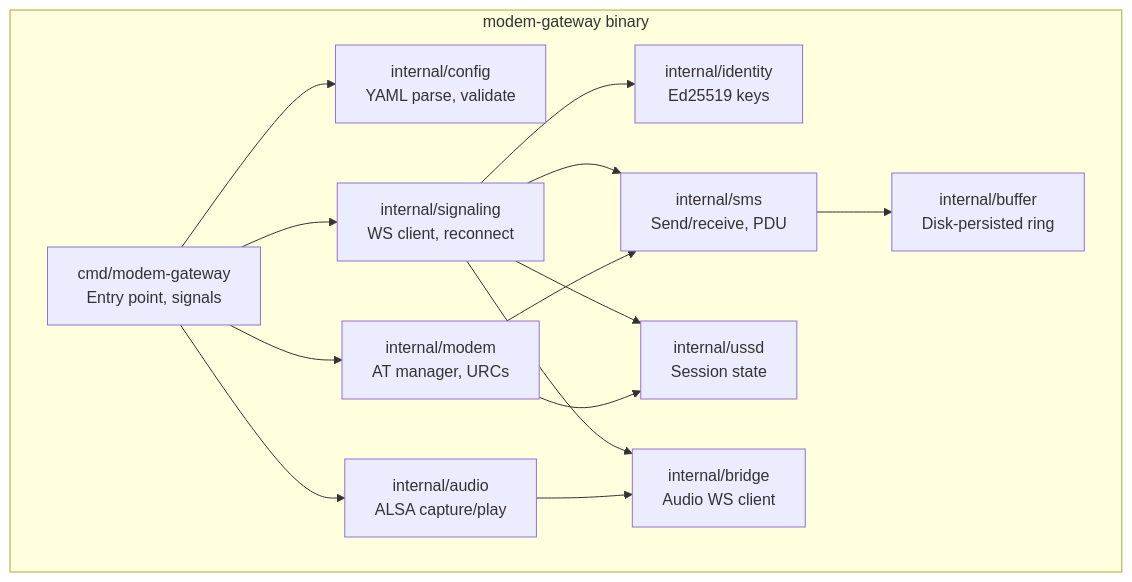
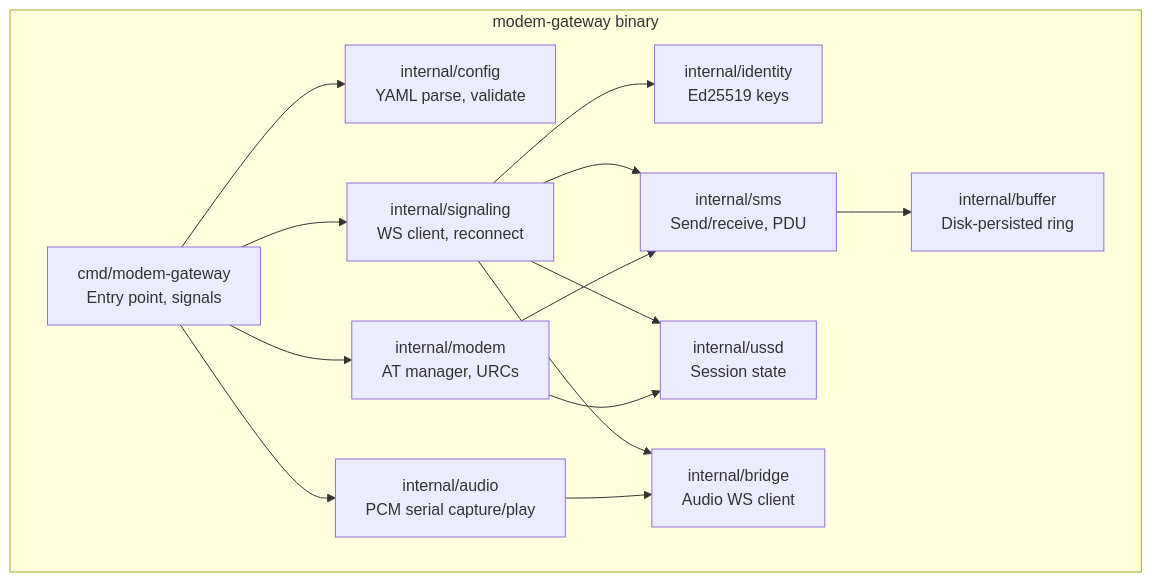
The third of 6 diagrams in .kiro/specs/modem-gateway/design.md (packetmoose/svarla), drawn with Mermaid before and after one commit. The commit also changed other lines of this file and 1 other file, not shown here.

First line of the commit message:
spec: switch audio backend from ALSA/UAC to PCM-over-serial (SIM7600G-H)

````diff
--- a/.kiro/specs/modem-gateway/design.md
+++ b/.kiro/specs/modem-gateway/design.md
@@ -84,28 +84,28 @@
 ```mermaid
 graph TB
     subgraph "modem-gateway binary"
         CMD[cmd/modem-gateway<br/>Entry point, signals]
         CFG[internal/config<br/>YAML parse, validate]
         SIG[internal/signaling<br/>WS client, reconnect]
         ID[internal/identity<br/>Ed25519 keys]
         MDM[internal/modem<br/>AT manager, URCs]
-        AUD[internal/audio<br/>ALSA capture/play]
+        AUD[internal/audio<br/>PCM serial capture/play]
         BRG[internal/bridge<br/>Audio WS client]
         SMS[internal/sms<br/>Send/receive, PDU]
         USSD[internal/ussd<br/>Session state]
         BUF[internal/buffer<br/>Disk-persisted ring]
 
         CMD --> CFG
         CMD --> SIG
         CMD --> MDM
         CMD --> AUD
         SIG --> ID
         SIG --> SMS
         SIG --> USSD
         SIG --> BRG
         MDM --> SMS
         MDM --> USSD
         AUD --> BRG
         SMS --> BUF
     end
 ```
````
